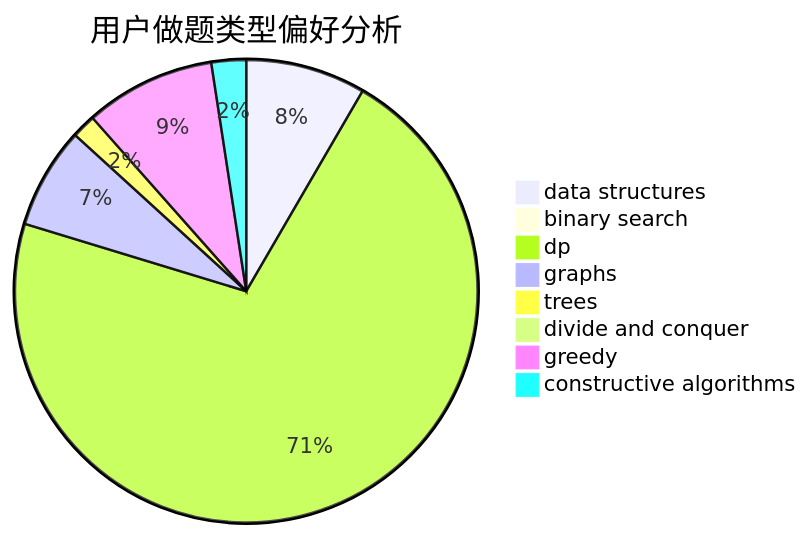
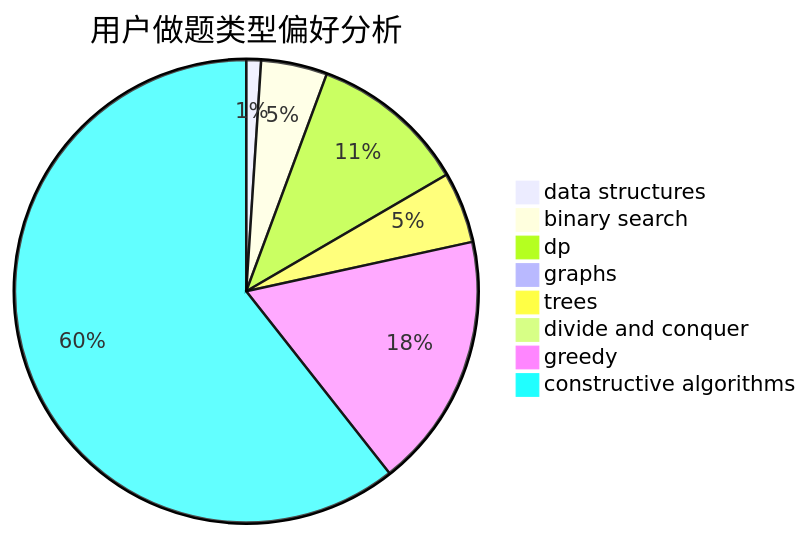
Before and after one commit to sherpahu/cfrs.github.io: the second of 3 diagrams in docs/user/u157.md, drawn with Mermaid. The commit also changed other lines of this file and 2770 other files, not shown here.

````diff
--- a/docs/user/u157.md
+++ b/docs/user/u157.md
@@ -23,11 +23,11 @@
 ```mermaid
 pie title 用户做题类型偏好分析
-    "data structures" :  45
-    "binary search" :  5
-    "dp" :  383
-    "graphs" :  38
-    "trees" :  9
+    "data structures" :  6
+    "binary search" :  27
+    "dp" :  64
+    "graphs" :  2
+    "trees" :  29
     "divide and conquer" :  0
-    "greedy" :  49
-    "constructive algorithms" :  13
+    "greedy" :  104
+    "constructive algorithms" :  354
 ```
````
